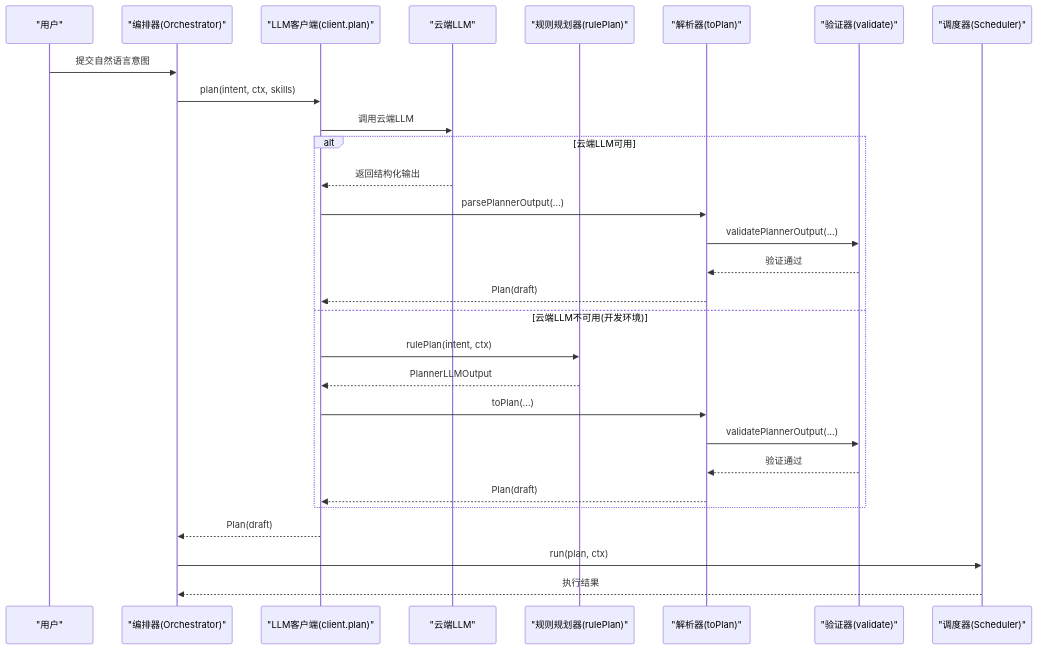
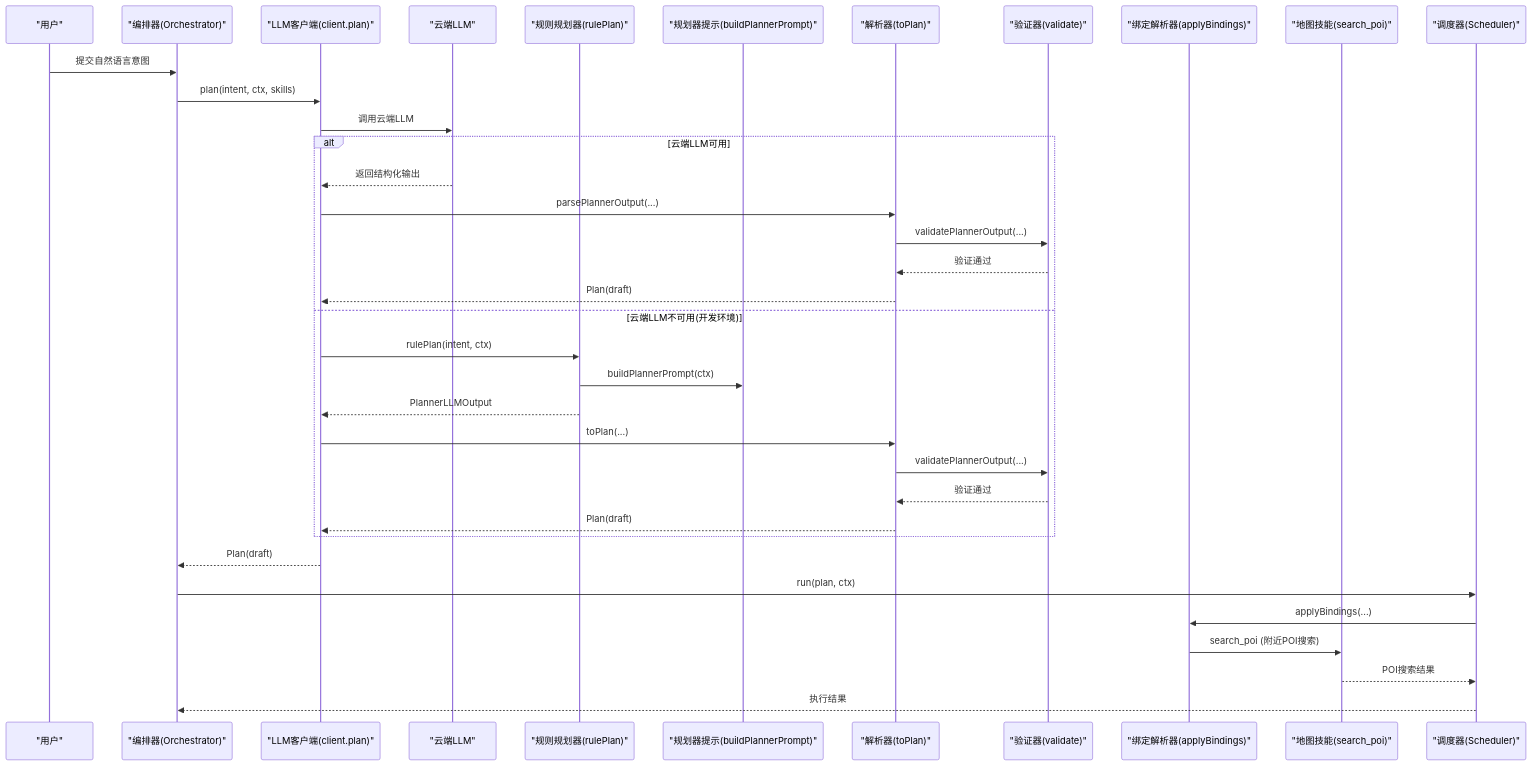
The second of 8 diagrams in .qoder/repowiki/zh/content/LLM集成/规则规划器.md (Ichi-Hackton/WAIC-WeChat-MiniProgram), drawn with Mermaid before and after one commit. The commit also changed other lines of this file and 28 other files, not shown here.

````diff
--- a/.qoder/repowiki/zh/content/LLM集成/规则规划器.md
+++ b/.qoder/repowiki/zh/content/LLM集成/规则规划器.md
@@ -113,31 +115,38 @@
 ```mermaid
 sequenceDiagram
 participant User as "用户"
 participant Orchestrator as "编排器(Orchestrator)"
 participant Client as "LLM客户端(client.plan)"
 participant CloudLLM as "云端LLM"
 participant RulePlanner as "规则规划器(rulePlan)"
+participant Prompt as "规划器提示(buildPlannerPrompt)"
 participant Parser as "解析器(toPlan)"
 participant Validator as "验证器(validate)"
+participant Binding as "绑定解析器(applyBindings)"
+participant MapSkill as "地图技能(search_poi)"
 participant Scheduler as "调度器(Scheduler)"
 User->>Orchestrator : 提交自然语言意图
 Orchestrator->>Client : plan(intent, ctx, skills)
 Client->>CloudLLM : 调用云端LLM
 alt 云端LLM可用
 CloudLLM-->>Client : 返回结构化输出
 Client->>Parser : parsePlannerOutput(...)
 Parser->>Validator : validatePlannerOutput(...)
 Validator-->>Parser : 验证通过
 Parser-->>Client : Plan(draft)
 else 云端LLM不可用(开发环境)
 Client->>RulePlanner : rulePlan(intent, ctx)
+RulePlanner->>Prompt : buildPlannerPrompt(ctx)
 RulePlanner-->>Client : PlannerLLMOutput
 Client->>Parser : toPlan(...)
 Parser->>Validator : validatePlannerOutput(...)
 Validator-->>Parser : 验证通过
 Parser-->>Client : Plan(draft)
 end
 Client-->>Orchestrator : Plan(draft)
 Orchestrator->>Scheduler : run(plan, ctx)
+Scheduler->>Binding : applyBindings(...)
+Binding->>MapSkill : search_poi (附近POI搜索)
+MapSkill-->>Scheduler : POI搜索结果
 Scheduler-->>Orchestrator : 执行结果
 ```
````
